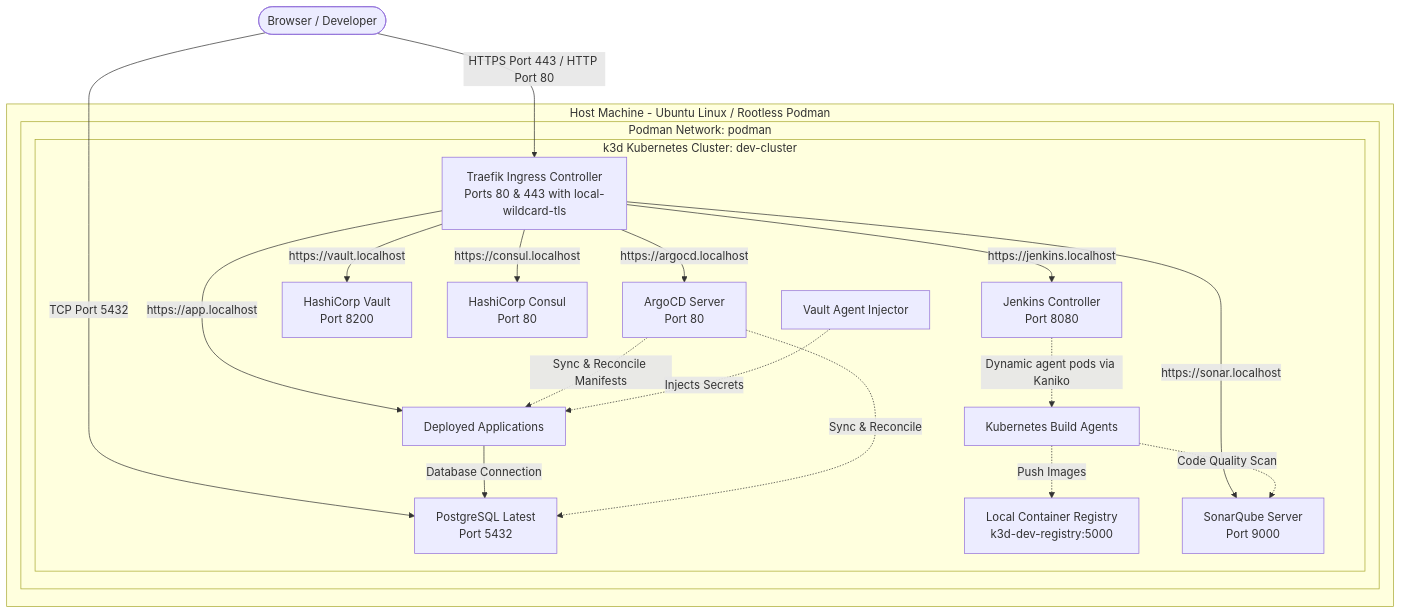
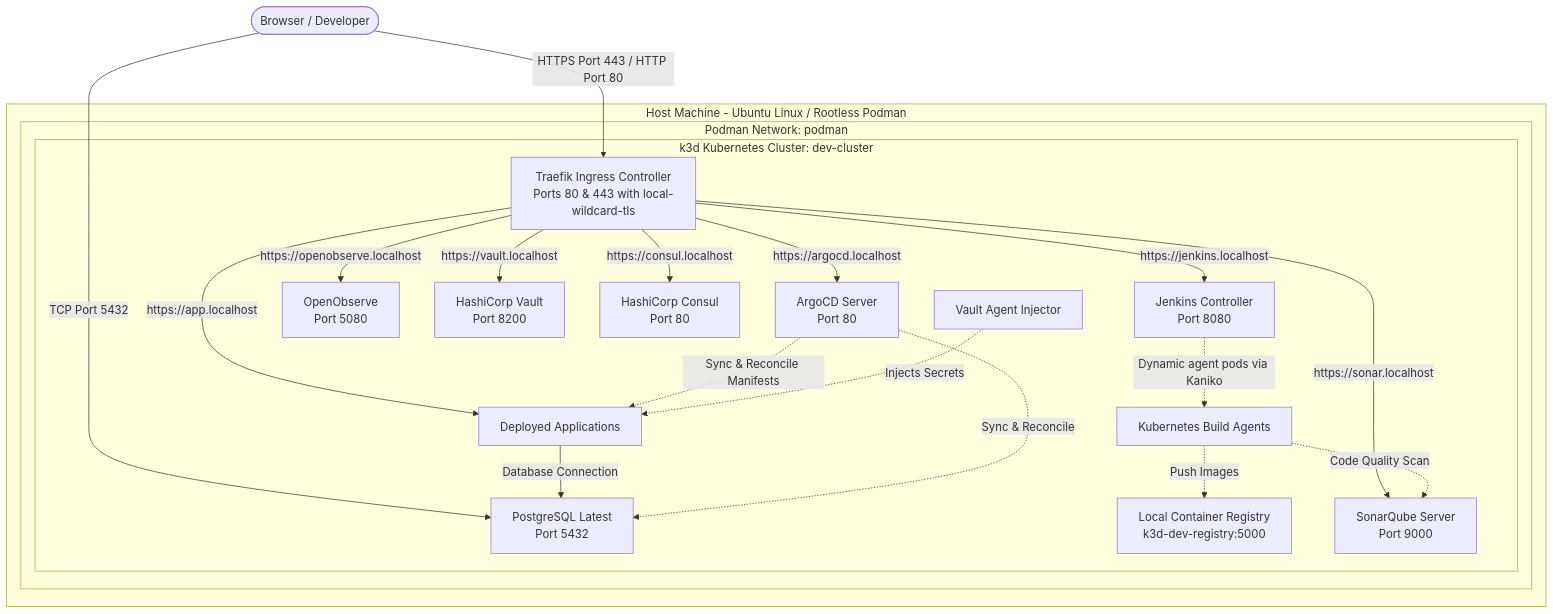
One commit to edmaputra/ed-devops changed the diagram in docs/SETUP_GUIDE.md. Above: the diagram before and after it, drawn with Mermaid. The commit also changed other lines of this file and 5 other files, not shown here.

Commit message:
feat(observability): add OpenObserve and Fluent Bit for unified log & metric observability

````diff
--- a/docs/SETUP_GUIDE.md
+++ b/docs/SETUP_GUIDE.md
@@ -9,30 +9,31 @@
 ```mermaid
 graph TD
     User([Browser / Developer]) -->|HTTPS Port 443 / HTTP Port 80| Traefik[Traefik Ingress Controller<br/>Ports 80 & 443 with local-wildcard-tls]
     User -->|TCP Port 5432| Postgres[PostgreSQL Latest<br/>Port 5432]
     
     subgraph Host [Host Machine - Ubuntu Linux / Rootless Podman]
         subgraph PodmanNet [Podman Network: podman]
             Reg[Local Container Registry<br/>k3d-dev-registry:5000]
             
             subgraph K3sCluster [k3d Kubernetes Cluster: dev-cluster]
                 Traefik -->|https://jenkins.localhost| Jenkins[Jenkins Controller<br/>Port 8080]
                 Traefik -->|https://argocd.localhost| ArgoCD[ArgoCD Server<br/>Port 80]
                 Traefik -->|https://sonar.localhost| SonarQube[SonarQube Server<br/>Port 9000]
+                Traefik -->|https://openobserve.localhost| OpenObserve[OpenObserve<br/>Port 5080]
                 Traefik -->|https://vault.localhost| Vault[HashiCorp Vault<br/>Port 8200]
                 Traefik -->|https://consul.localhost| Consul[HashiCorp Consul<br/>Port 80]
                 Traefik -->|https://app.localhost| Apps[Deployed Applications]
                 
                 Apps -->|Database Connection| Postgres
                 
                 Jenkins -.->|Dynamic agent pods via Kaniko| K8sAgents[Kubernetes Build Agents]
                 K8sAgents -.->|Code Quality Scan| SonarQube
                 K8sAgents -.->|Push Images| Reg
                 
                 ArgoCD -.->|Sync & Reconcile Manifests| Apps
                 ArgoCD -.->|Sync & Reconcile| Postgres
                 VaultInjector[Vault Agent Injector] -.->|Injects Secrets| Apps
             end
         end
     end
 ```
````
